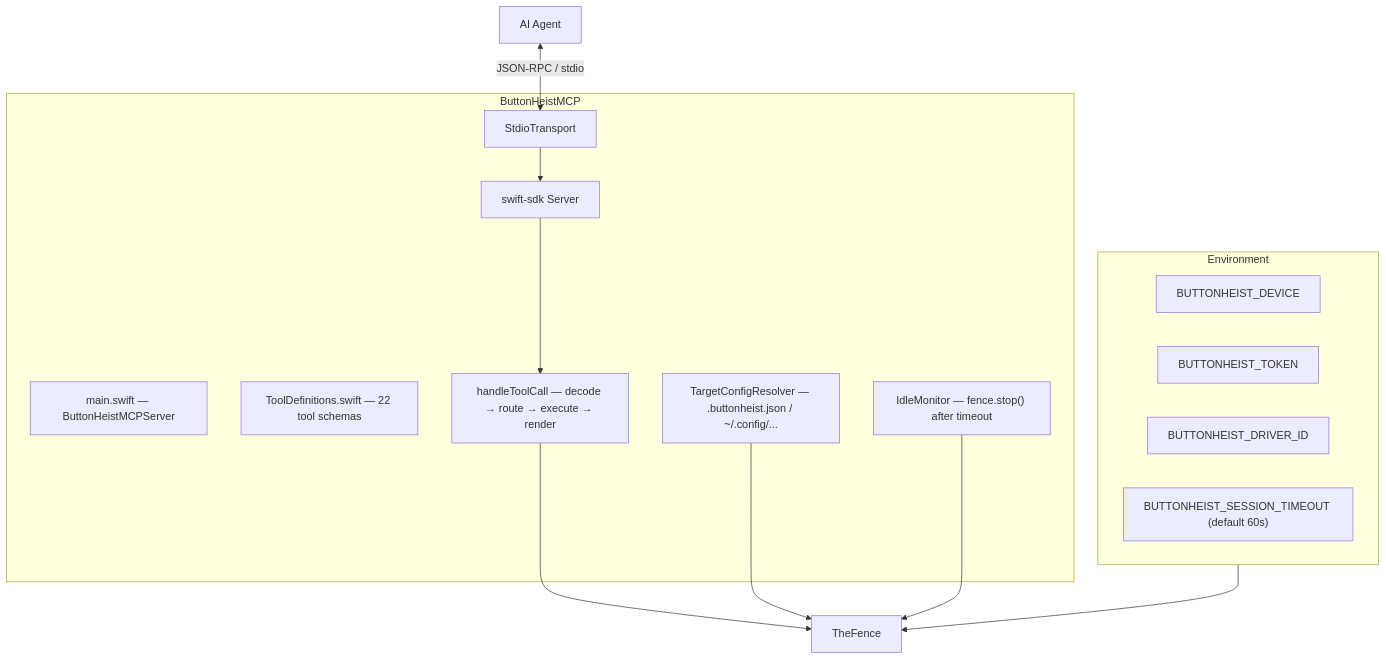
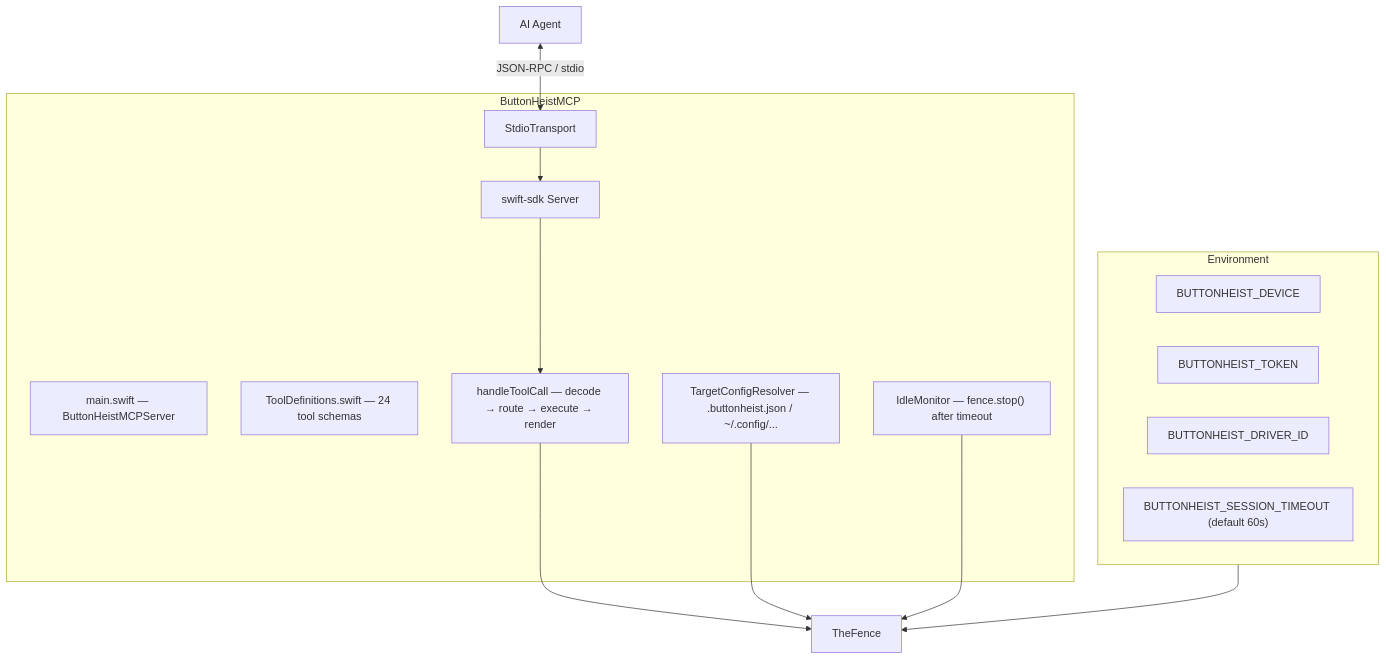
One commit to RoyalPineapple/TheButtonHeist changed the first of 2 diagrams in docs/dossiers/12-MCP.md. Above: the diagram before and after it, drawn with Mermaid. The commit also changed other lines of this file and 16 other files, not shown here.

````diff
--- a/docs/dossiers/12-MCP.md
+++ b/docs/dossiers/12-MCP.md
@@ -29,27 +29,27 @@
 ```mermaid
 graph TD
     subgraph MCP["ButtonHeistMCP"]
         Main["main.swift — ButtonHeistMCPServer"]
         Server["swift-sdk Server"]
         Transport["StdioTransport"]
-        Tools["ToolDefinitions.swift — 22 tool schemas"]
+        Tools["ToolDefinitions.swift — 24 tool schemas"]
         Handler["handleToolCall — decode → route → execute → render"]
         Idle["IdleMonitor — fence.stop() after timeout"]
         Config["TargetConfigResolver — .buttonheist.json / ~/.config/..."]
     end
 
     subgraph Env["Environment"]
         Device["BUTTONHEIST_DEVICE"]
         Token["BUTTONHEIST_TOKEN"]
         Driver["BUTTONHEIST_DRIVER_ID"]
         Timeout["BUTTONHEIST_SESSION_TIMEOUT (default 60s)"]
     end
 
     Agent["AI Agent"] <-->|JSON-RPC / stdio| Transport
     Transport --> Server
     Server --> Handler
     Handler --> TheFence["TheFence"]
     Config --> TheFence
     Env --> TheFence
     Idle --> TheFence
 ```
````
